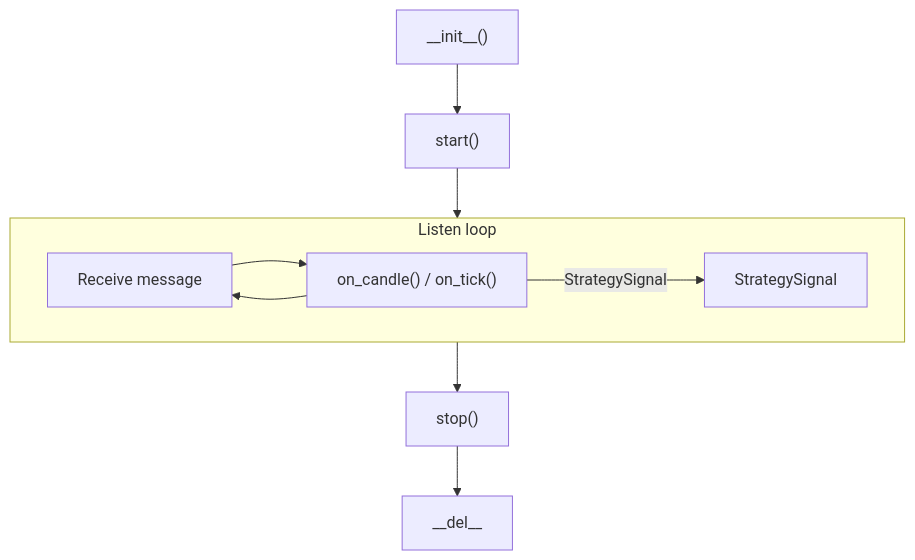
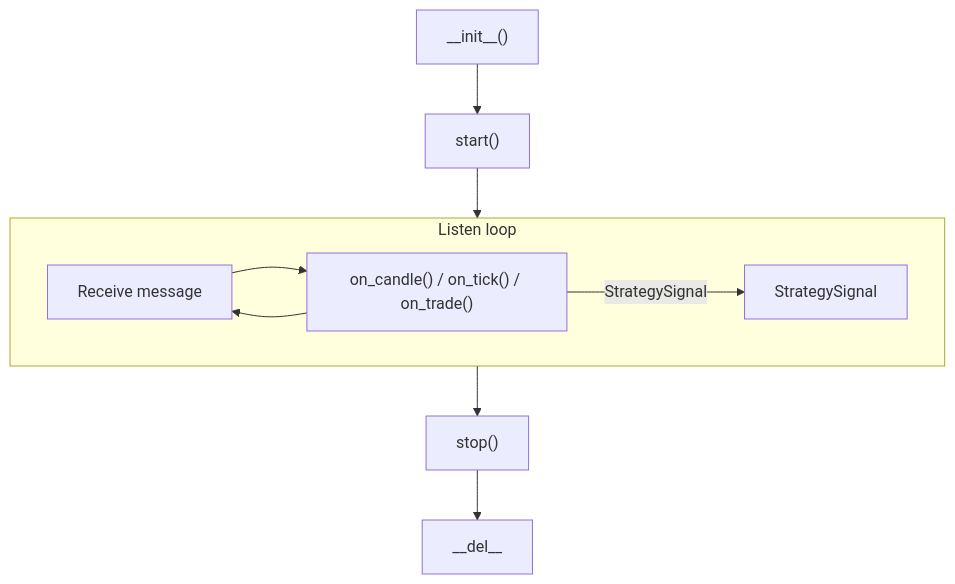
Before and after one commit to mateusz-klatt/snapper: the second of 2 diagrams in docs/strategies.md, drawn with Mermaid. The commit also changed other lines of this file and 12 other files, not shown here.

````diff
--- a/docs/strategies.md
+++ b/docs/strategies.md
@@ -706,14 +708,14 @@
 ```mermaid
 flowchart TB
     Init["__init__()"] --> Start["start()"]
     Start --> Loop
 
     subgraph Loop["Listen loop"]
-        Receive["Receive message"] --> Process["on_candle() / on_tick()"]
+        Receive["Receive message"] --> Process["on_candle() / on_tick() / on_trade()"]
         Process -->|StrategySignal| SignalOut["StrategySignal"]
         Process --> Receive
     end
 
     Loop --> Stop["stop()"]
     Stop --> Teardown["__del__"]
 ```
````
